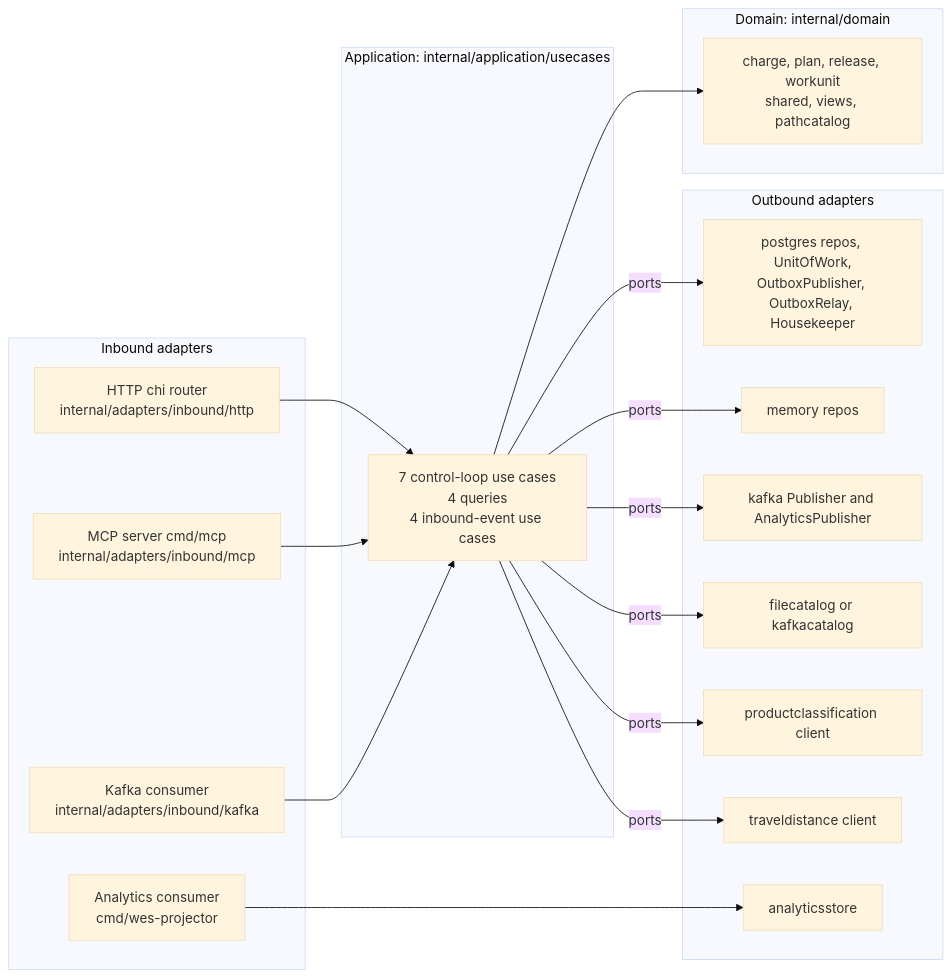
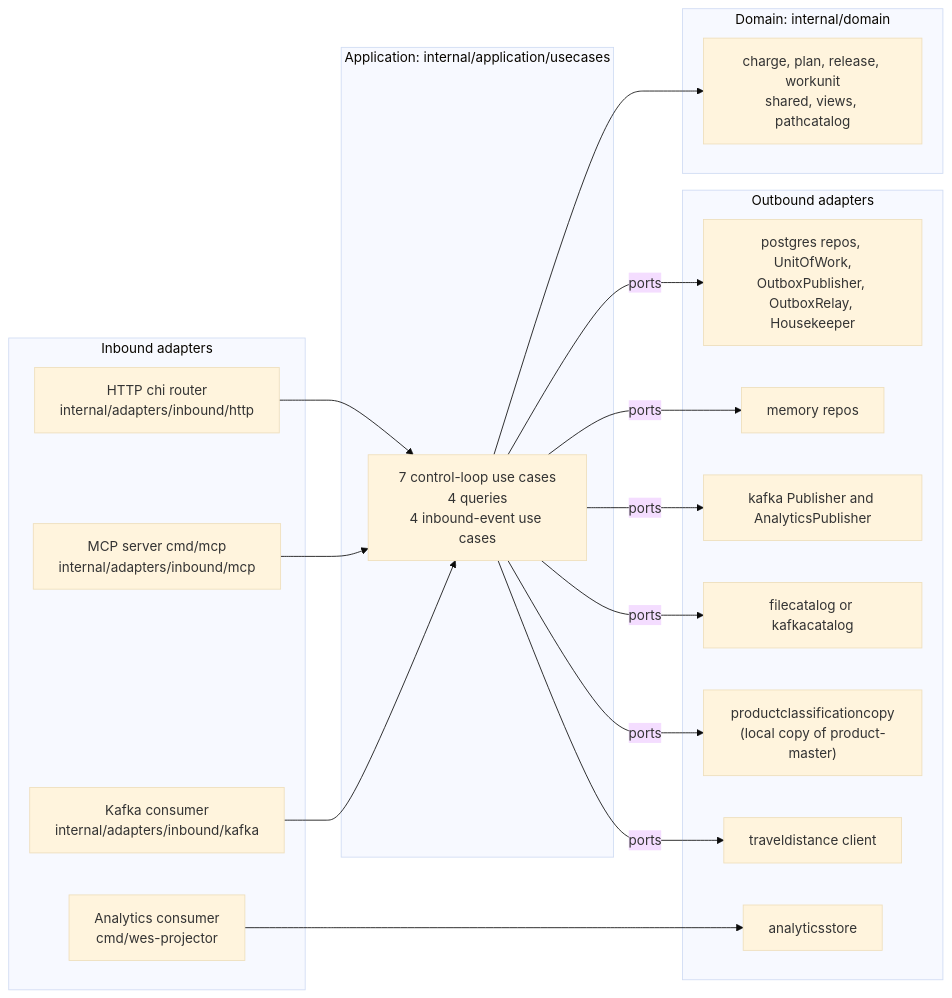
One commit to IQVO/warehouse-docs changed the fifth of 5 diagrams in docs/contexts/wes-work-planning/class-diagram.md. Above: the diagram before and after it, drawn with Mermaid (base theme). The commit also changed other lines of this file and 118 other files, not shown here.

````diff
--- a/docs/contexts/wes-work-planning/class-diagram.md
+++ b/docs/contexts/wes-work-planning/class-diagram.md
@@ -444,35 +444,35 @@
 ```mermaid
 flowchart LR
     subgraph inbound["Inbound adapters"]
         HTTP["HTTP chi router<br/>internal/adapters/inbound/http"]
         MCP["MCP server cmd/mcp<br/>internal/adapters/inbound/mcp"]
         KIN["Kafka consumer<br/>internal/adapters/inbound/kafka"]
         AKIN["Analytics consumer<br/>cmd/wes-projector"]
     end
     subgraph app["Application: internal/application/usecases"]
         UC["7 control-loop use cases<br/>4 queries<br/>4 inbound-event use cases"]
     end
     subgraph domain["Domain: internal/domain"]
         D["charge, plan, release, workunit<br/>shared, views, pathcatalog"]
     end
     subgraph outbound["Outbound adapters"]
         PG["postgres repos, UnitOfWork,<br/>OutboxPublisher, OutboxRelay, Housekeeper"]
         MEM["memory repos"]
         KOUT["kafka Publisher and AnalyticsPublisher"]
         CAT["filecatalog or kafkacatalog"]
-        PC["productclassification client"]
+        PC["productclassificationcopy<br/>(local copy of product-master)"]
         TD["traveldistance client"]
         AS["analyticsstore"]
     end
     HTTP --> UC
     MCP --> UC
     KIN --> UC
     AKIN --> AS
     UC --> D
     UC -->|ports| PG
     UC -->|ports| MEM
     UC -->|ports| KOUT
     UC -->|ports| CAT
     UC -->|ports| PC
     UC -->|ports| TD
 ```
````
